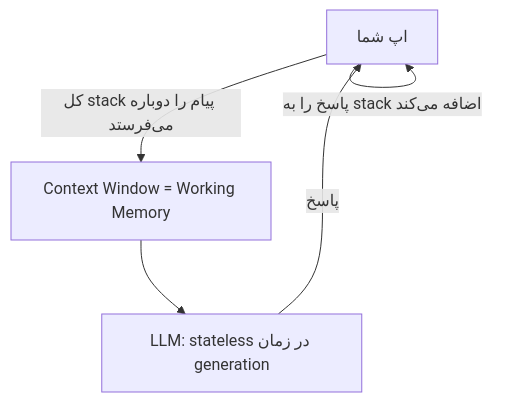
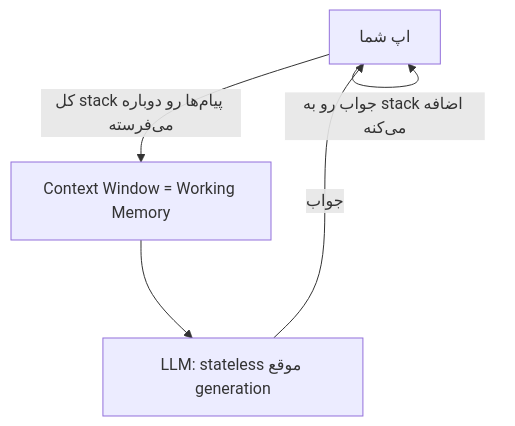
One commit to lokumai/ai-engineering-bazaar changed the first of 2 diagrams in mini-courses/1_fundamentals/memory_fa.md. Above: the diagram before and after it, drawn with Mermaid. The commit also changed other lines of this file and 63 other files, not shown here.

````diff
--- a/mini-courses/1_fundamentals/memory_fa.md
+++ b/mini-courses/1_fundamentals/memory_fa.md
@@ -41,7 +41,7 @@
 ```mermaid
 graph TD
-    A[اپ شما] -->|کل stack پیام را دوباره می‌فرستد| B[Context Window = Working Memory]
-    B --> C[LLM: stateless در زمان generation]
-    C -->|پاسخ| A
-    A -->|پاسخ را به stack اضافه می‌کند| A
+    A[اپ شما] -->|کل stack پیام‌ها رو دوباره می‌فرسته| B[Context Window = Working Memory]
+    B --> C[LLM: stateless موقع generation]
+    C -->|جواب| A
+    A -->|جواب رو به stack اضافه می‌کنه| A
 ```
````
